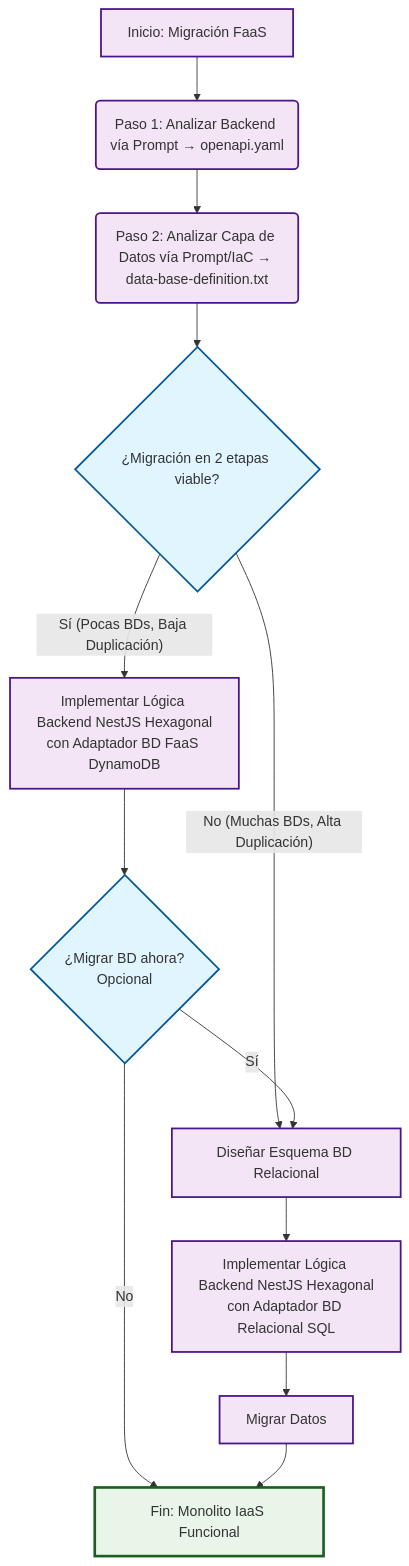
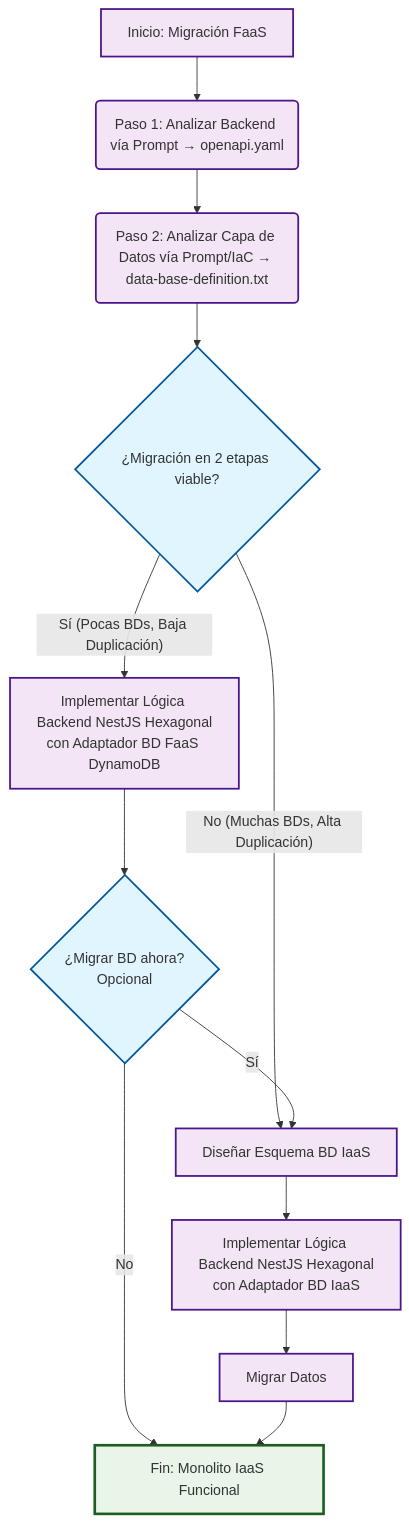
The diagram in docs/framework-flow-es.md (vifor/faas-to-iaas-migration-framework), drawn with Mermaid before and after one commit. The commit also changed other lines of this file and 1 other file, not shown here.

````diff
--- a/docs/framework-flow-es.md
+++ b/docs/framework-flow-es.md
@@ -7,29 +7,29 @@
 ```mermaid
 flowchart TD
     A[Inicio: Migración FaaS] --> B(Paso 1: Analizar Backend vía Prompt → openapi.yaml)
     B --> C(Paso 2: Analizar Capa de Datos vía Prompt/IaC → data-base-definition.txt)
     C --> D{¿Migración en 2 etapas viable?}
 
     %% Camino Unificado - Define los pasos de BD
-    D -->|"No (Muchas BDs, Alta Duplicación)"| L[Diseñar Esquema BD Relacional]
-    L --> M[Implementar Lógica Backend NestJS Hexagonal<br>con Adaptador BD Relacional SQL]
+    D -->|"No (Muchas BDs, Alta Duplicación)"| L[Diseñar Esquema BD IaaS]
+    L --> M[Implementar Lógica Backend NestJS Hexagonal<br>con Adaptador BD IaaS]
     M --> N[Migrar Datos]
 
     %% Camino de 2 Etapas - Reutiliza pasos de BD
     D -->|"Sí (Pocas BDs, Baja Duplicación)"| E[Implementar Lógica Backend NestJS Hexagonal<br>con Adaptador BD FaaS DynamoDB]
     E --> G{¿Migrar BD ahora?<br>Opcional}
     G -->|No| H[Fin: Monolito IaaS Funcional]
     G -->|Sí| L
 
     %% Finalización - Todas las rutas convergen aquí
     N --> H
 
     %% Estilos
     classDef decisionNode fill:#e1f5fe,stroke:#01579b,stroke-width:2px
     classDef processNode fill:#f3e5f5,stroke:#4a148c,stroke-width:2px
     classDef endNode fill:#e8f5e8,stroke:#1b5e20,stroke-width:3px
-    
+
     class D,G decisionNode
     class A,B,C,E,L,M,N processNode
     class H endNode
 ```
````
